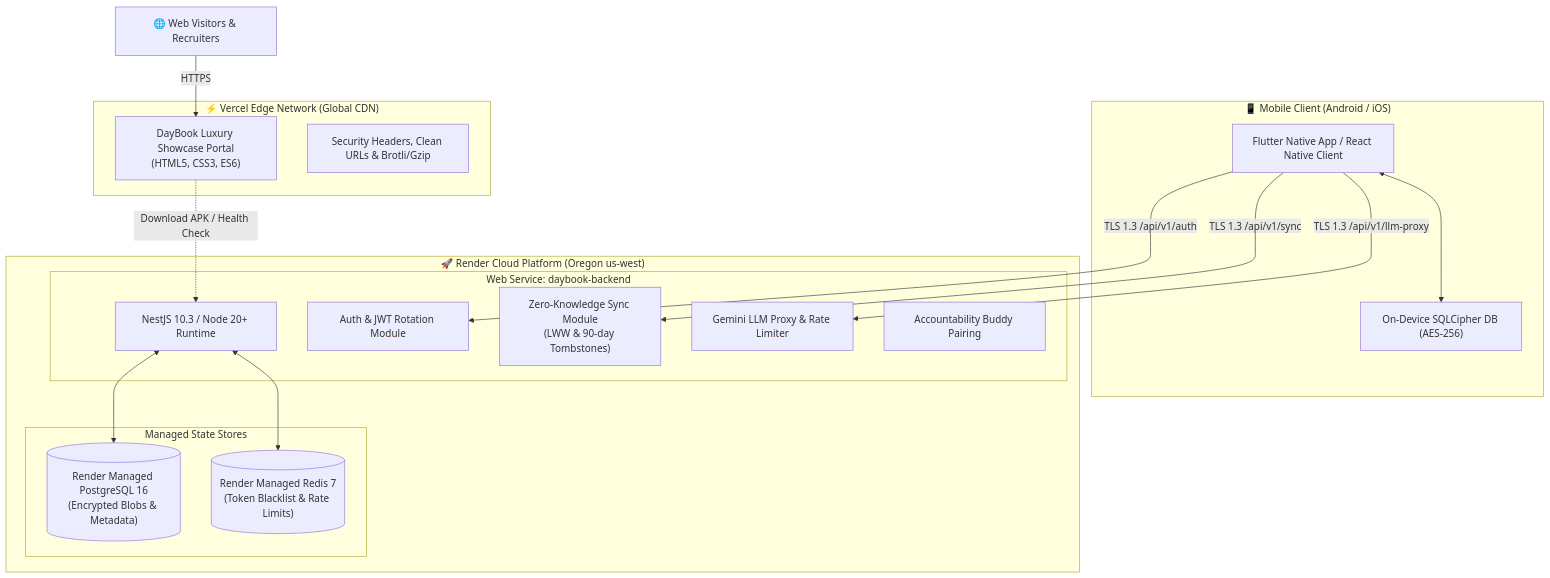
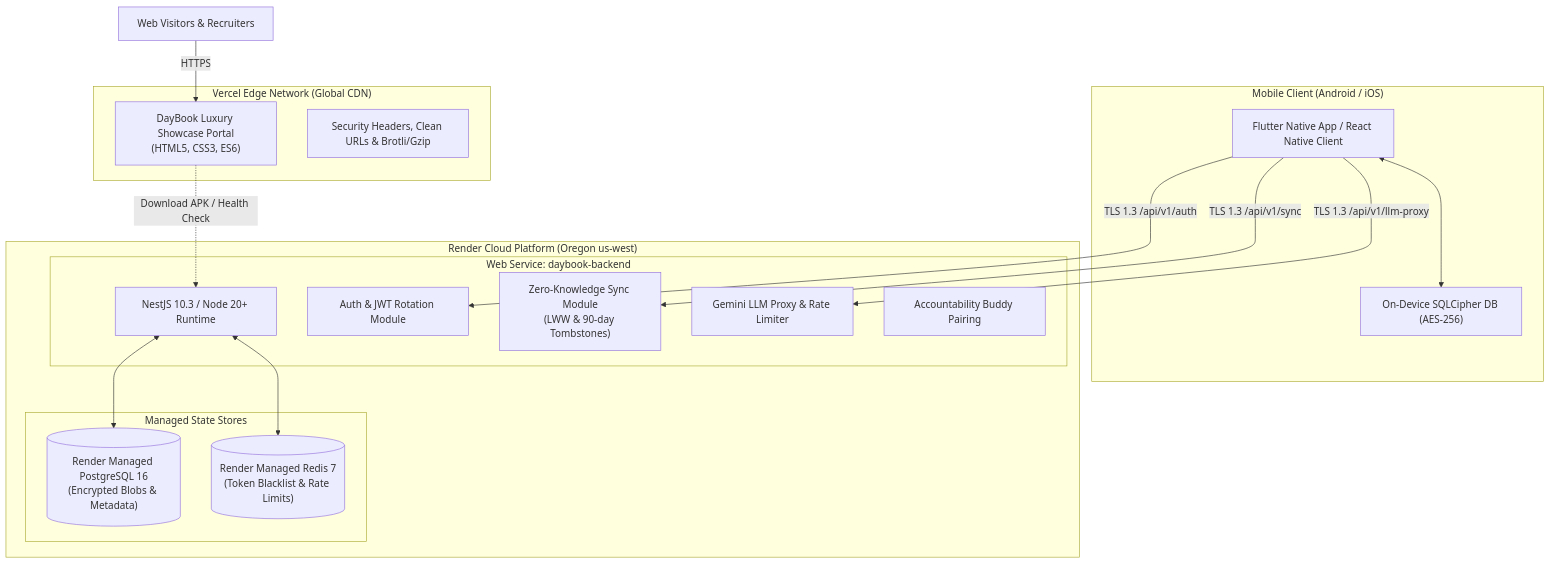
Before and after one commit to rahat4528/daybook: the diagram in docs/deployment-guide.md, drawn with Mermaid. The commit also changed other lines of this file and 28 other files, not shown here.

````diff
--- a/docs/deployment-guide.md
+++ b/docs/deployment-guide.md
@@ -25,37 +25,37 @@
 ```mermaid
 flowchart TD
-    subgraph Client["📱 Mobile Client (Android / iOS)"]
+    subgraph Client["Mobile Client (Android / iOS)"]
         FlutterApp["Flutter Native App / React Native Client"]
         SQLCipherLocal["On-Device SQLCipher DB (AES-256)"]
         FlutterApp <--> SQLCipherLocal
     end
 
-    subgraph Vercel["⚡ Vercel Edge Network (Global CDN)"]
+    subgraph Vercel["Vercel Edge Network (Global CDN)"]
         WebPortal["DayBook Luxury Showcase Portal\n(HTML5, CSS3, ES6)"]
         VercelHeaders["Security Headers, Clean URLs & Brotli/Gzip"]
     end
 
-    subgraph Render["🚀 Render Cloud Platform (Oregon us-west)"]
+    subgraph Render["Render Cloud Platform (Oregon us-west)"]
         subgraph BackendService["Web Service: daybook-backend"]
             NestJS["NestJS 10.3 / Node 20+ Runtime"]
             AuthModule["Auth & JWT Rotation Module"]
             SyncModule["Zero-Knowledge Sync Module\n(LWW & 90-day Tombstones)"]
             LLMModule["Gemini LLM Proxy & Rate Limiter"]
             BuddyModule["Accountability Buddy Pairing"]
         end
 
         subgraph ManagedData["Managed State Stores"]
             RenderPG[("Render Managed PostgreSQL 16\n(Encrypted Blobs & Metadata)")]
             RenderRedis[("Render Managed Redis 7\n(Token Blacklist & Rate Limits)")]
         end
 
         NestJS <--> RenderPG
         NestJS <--> RenderRedis
     end
 
-    BrowserUser["🌐 Web Visitors & Recruiters"] -->|HTTPS| WebPortal
+    BrowserUser["Web Visitors & Recruiters"] -->|HTTPS| WebPortal
     FlutterApp -->|TLS 1.3 /api/v1/sync| SyncModule
     FlutterApp -->|TLS 1.3 /api/v1/llm-proxy| LLMModule
     FlutterApp -->|TLS 1.3 /api/v1/auth| AuthModule
     WebPortal -.->|Download APK / Health Check| NestJS
 ```
````
